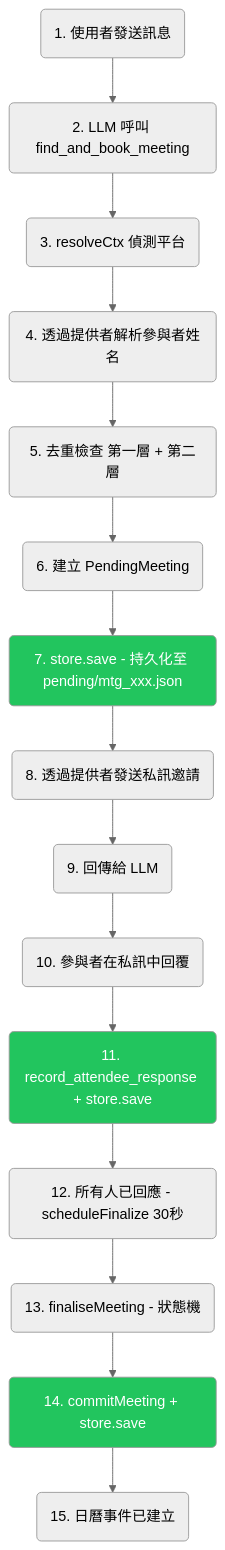
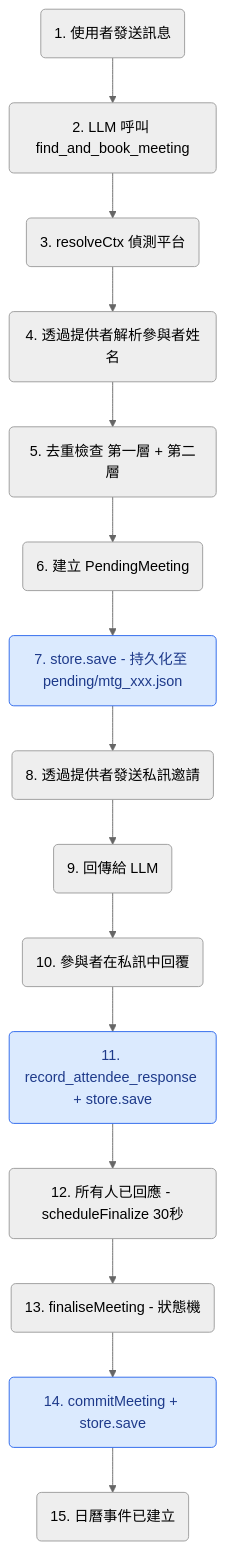
Before and after one commit to javana3/claw_meeting_all: the ninth of 13 diagrams in README.zh-TW.md, drawn with Mermaid (neutral theme). The commit also changed other lines of this file and 3 other files, not shown here.

````diff
--- a/README.zh-TW.md
+++ b/README.zh-TW.md
@@ -290,22 +290,22 @@
 ```mermaid
 graph TD
     A(1. 使用者發送訊息) --> B(2. LLM 呼叫 find_and_book_meeting)
     B --> C(3. resolveCtx 偵測平台)
     C --> D(4. 透過提供者解析參與者姓名)
     D --> E(5. 去重檢查 第一層 + 第二層)
     E --> F(6. 建立 PendingMeeting)
     F --> G(7. store.save - 持久化至 pending/mtg_xxx.json)
     G --> H(8. 透過提供者發送私訊邀請)
     H --> I(9. 回傳給 LLM)
 
     I --> J(10. 參與者在私訊中回覆)
     J --> K(11. record_attendee_response + store.save)
     K --> L(12. 所有人已回應 - scheduleFinalize 30秒)
     L --> M(13. finaliseMeeting - 狀態機)
     M --> N(14. commitMeeting + store.save)
     N --> O(15. 日曆事件已建立)
 
-    style G fill:#22c55e,color:#fff
-    style K fill:#22c55e,color:#fff
-    style N fill:#22c55e,color:#fff
+    style G fill:#dbeafe,stroke:#2563eb,color:#1e3a8a
+    style K fill:#dbeafe,stroke:#2563eb,color:#1e3a8a
+    style N fill:#dbeafe,stroke:#2563eb,color:#1e3a8a
 ```
````
